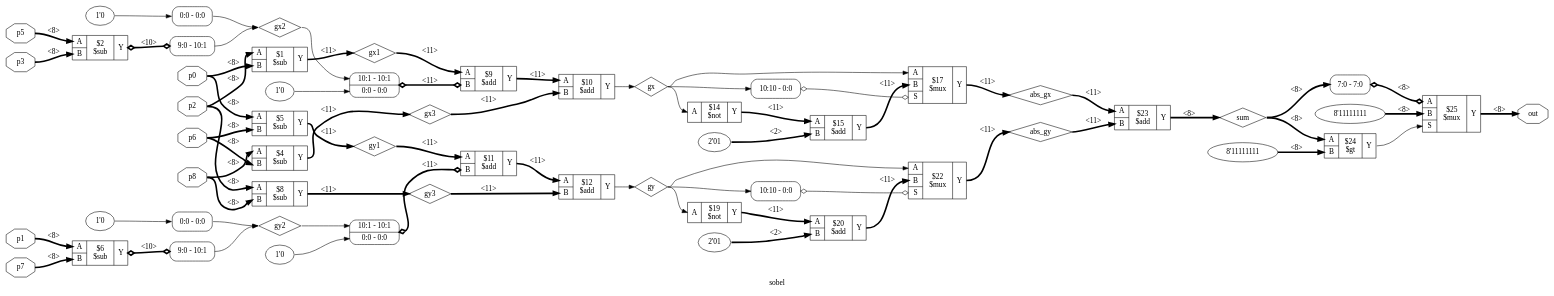
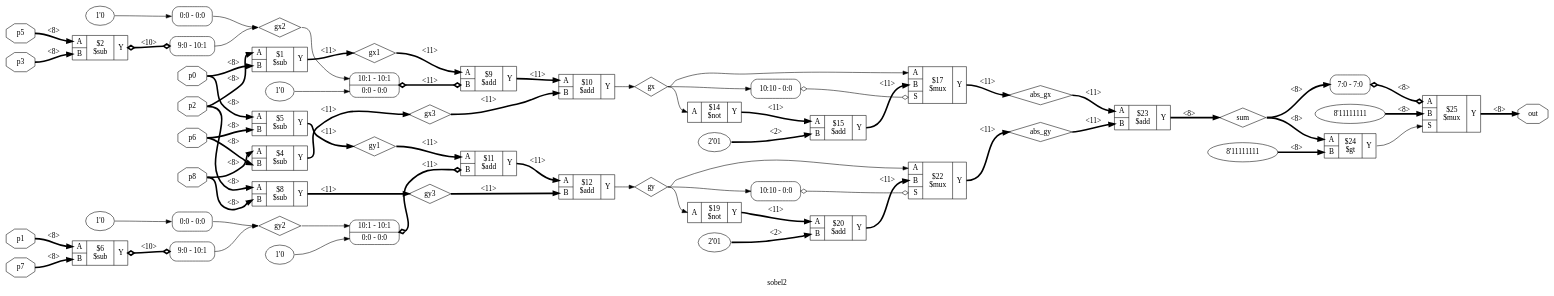
The diagram in dot/sobel2_df.dot (theo-learner/bFlow), drawn with Graphviz before and after one commit. The commit also changed 57 other files, not shown here.

```diff
--- a/dot/sobel2_df.dot
+++ b/dot/sobel2_df.dot
@@ -1,125 +1,125 @@
-digraph "sobel" {
-label="sobel";
+digraph "sobel2" {
+label="sobel2";
 rankdir="LR";
 remincross=true;
 n2 [ shape=octagon, label="p0", color="black", fontcolor="black" ];
 n3 [ shape=octagon, label="p1", color="black", fontcolor="black" ];
 n4 [ shape=octagon, label="p2", color="black", fontcolor="black" ];
 n5 [ shape=octagon, label="p3", color="black", fontcolor="black" ];
 n6 [ shape=octagon, label="p5", color="black", fontcolor="black" ];
 n7 [ shape=octagon, label="p6", color="black", fontcolor="black" ];
 n8 [ shape=octagon, label="p7", color="black", fontcolor="black" ];
 n9 [ shape=octagon, label="p8", color="black", fontcolor="black" ];
 n10 [ shape=octagon, label="out", color="black", fontcolor="black" ];
 n11 [ shape=diamond, label="gx", color="black", fontcolor="black" ];
 n12 [ shape=diamond, label="gy", color="black", fontcolor="black" ];
 n13 [ shape=diamond, label="gx1", color="black", fontcolor="black" ];
 n14 [ shape=diamond, label="gx2", color="black", fontcolor="black" ];
 n15 [ shape=diamond, label="gx3", color="black", fontcolor="black" ];
 n16 [ shape=diamond, label="gy1", color="black", fontcolor="black" ];
 n17 [ shape=diamond, label="gy2", color="black", fontcolor="black" ];
 n18 [ shape=diamond, label="gy3", color="black", fontcolor="black" ];
 n19 [ shape=diamond, label="abs_gx", color="black", fontcolor="black" ];
 n20 [ shape=diamond, label="abs_gy", color="black", fontcolor="black" ];
 n21 [ shape=diamond, label="sum", color="black", fontcolor="black" ];
 c32 [ shape=record, label="{{<p29> A|<p30> B}|$1\n$sub|{<p31> Y}}" ];
 c33 [ shape=record, label="{{<p29> A|<p30> B}|$2\n$sub|{<p31> Y}}" ];
 x0 [ shape=record, style=rounded, label="<s0> 9:0 - 10:1 " ];
 c33:p31:e -> x0:w [arrowhead=odiamond, arrowtail=odiamond, dir=both, color="black", style="setlinewidth(3)", label="<10>"];
 c34 [ shape=record, label="{{<p29> A|<p30> B}|$4\n$sub|{<p31> Y}}" ];
 c35 [ shape=record, label="{{<p29> A|<p30> B}|$5\n$sub|{<p31> Y}}" ];
 c36 [ shape=record, label="{{<p29> A|<p30> B}|$6\n$sub|{<p31> Y}}" ];
 x1 [ shape=record, style=rounded, label="<s0> 9:0 - 10:1 " ];
 c36:p31:e -> x1:w [arrowhead=odiamond, arrowtail=odiamond, dir=both, color="black", style="setlinewidth(3)", label="<10>"];
 c37 [ shape=record, label="{{<p29> A|<p30> B}|$8\n$sub|{<p31> Y}}" ];
 v3 [ label="1'0" ];
 c38 [ shape=record, label="{{<p29> A|<p30> B}|$9\n$add|{<p31> Y}}" ];
 x2 [ shape=record, style=rounded, label="<s1> 10:1 - 10:1 |<s0> 0:0 - 0:0 " ];
 x2:e -> c38:p30:w [arrowhead=odiamond, arrowtail=odiamond, dir=both, color="black", style="setlinewidth(3)", label="<11>"];
 c39 [ shape=record, label="{{<p29> A|<p30> B}|$10\n$add|{<p31> Y}}" ];
 v5 [ label="1'0" ];
 c40 [ shape=record, label="{{<p29> A|<p30> B}|$11\n$add|{<p31> Y}}" ];
 x4 [ shape=record, style=rounded, label="<s1> 10:1 - 10:1 |<s0> 0:0 - 0:0 " ];
 x4:e -> c40:p30:w [arrowhead=odiamond, arrowtail=odiamond, dir=both, color="black", style="setlinewidth(3)", label="<11>"];
 c41 [ shape=record, label="{{<p29> A|<p30> B}|$12\n$add|{<p31> Y}}" ];
 c42 [ shape=record, label="{{<p29> A}|$14\n$not|{<p31> Y}}" ];
 v6 [ label="2'01" ];
 c43 [ shape=record, label="{{<p29> A|<p30> B}|$15\n$add|{<p31> Y}}" ];
 c45 [ shape=record, label="{{<p29> A|<p30> B|<p44> S}|$17\n$mux|{<p31> Y}}" ];
 x7 [ shape=record, style=rounded, label="<s0> 10:10 - 0:0 " ];
 x7:e -> c45:p44:w [arrowhead=odiamond, arrowtail=odiamond, dir=both, color="black", label=""];
 c46 [ shape=record, label="{{<p29> A}|$19\n$not|{<p31> Y}}" ];
 v8 [ label="2'01" ];
 c47 [ shape=record, label="{{<p29> A|<p30> B}|$20\n$add|{<p31> Y}}" ];
 c48 [ shape=record, label="{{<p29> A|<p30> B|<p44> S}|$22\n$mux|{<p31> Y}}" ];
 x9 [ shape=record, style=rounded, label="<s0> 10:10 - 0:0 " ];
 x9:e -> c48:p44:w [arrowhead=odiamond, arrowtail=odiamond, dir=both, color="black", label=""];
 c49 [ shape=record, label="{{<p29> A|<p30> B}|$23\n$add|{<p31> Y}}" ];
 v10 [ label="8'11111111" ];
 c50 [ shape=record, label="{{<p29> A|<p30> B}|$24\n$gt|{<p31> Y}}" ];
 v12 [ label="8'11111111" ];
 c51 [ shape=record, label="{{<p29> A|<p30> B|<p44> S}|$25\n$mux|{<p31> Y}}" ];
 x11 [ shape=record, style=rounded, label="<s0> 7:0 - 7:0 " ];
 x11:e -> c51:p29:w [arrowhead=odiamond, arrowtail=odiamond, dir=both, color="black", style="setlinewidth(3)", label="<8>"];
 v13 [ label="1'0" ];
 x14 [ shape=record, style=rounded, label="<s0> 0:0 - 0:0 " ];
 v15 [ label="1'0" ];
 x16 [ shape=record, style=rounded, label="<s0> 0:0 - 0:0 " ];
 c51:p31:e -> n10:w [color="black", style="setlinewidth(3)", label="<8>"];
 c39:p31:e -> n11:w [color="black", label=""];
 n11:e -> c42:p29:w [color="black", label=""];
 n11:e -> c45:p29:w [color="black", label=""];
 n11:e -> x7:s0:w [color="black", label=""];
 c41:p31:e -> n12:w [color="black", label=""];
 n12:e -> c46:p29:w [color="black", label=""];
 n12:e -> c48:p29:w [color="black", label=""];
 n12:e -> x9:s0:w [color="black", label=""];
 c32:p31:e -> n13:w [color="black", style="setlinewidth(3)", label="<11>"];
 n13:e -> c38:p29:w [color="black", style="setlinewidth(3)", label="<11>"];
 x0:s0:e -> n14:w [color="black", label=""];
 x14:s0:e -> n14:w [color="black", label=""];
 n14:e -> x2:s1:w [color="black", label=""];
 c34:p31:e -> n15:w [color="black", style="setlinewidth(3)", label="<11>"];
 n15:e -> c39:p30:w [color="black", style="setlinewidth(3)", label="<11>"];
 c35:p31:e -> n16:w [color="black", style="setlinewidth(3)", label="<11>"];
 n16:e -> c40:p29:w [color="black", style="setlinewidth(3)", label="<11>"];
 x16:s0:e -> n17:w [color="black", label=""];
 x1:s0:e -> n17:w [color="black", label=""];
 n17:e -> x4:s1:w [color="black", label=""];
 c37:p31:e -> n18:w [color="black", style="setlinewidth(3)", label="<11>"];
 n18:e -> c41:p30:w [color="black", style="setlinewidth(3)", label="<11>"];
 c45:p31:e -> n19:w [color="black", style="setlinewidth(3)", label="<11>"];
 n19:e -> c49:p29:w [color="black", style="setlinewidth(3)", label="<11>"];
 n2:e -> c32:p30:w [color="black", style="setlinewidth(3)", label="<8>"];
 n2:e -> c35:p29:w [color="black", style="setlinewidth(3)", label="<8>"];
 c48:p31:e -> n20:w [color="black", style="setlinewidth(3)", label="<11>"];
 n20:e -> c49:p30:w [color="black", style="setlinewidth(3)", label="<11>"];
 c49:p31:e -> n21:w [color="black", style="setlinewidth(3)", label="<8>"];
 n21:e -> c50:p29:w [color="black", style="setlinewidth(3)", label="<8>"];
 n21:e -> x11:s0:w [color="black", style="setlinewidth(3)", label="<8>"];
 c38:p31:e -> c39:p29:w [color="black", style="setlinewidth(3)", label="<11>"];
 c40:p31:e -> c41:p29:w [color="black", style="setlinewidth(3)", label="<11>"];
 c42:p31:e -> c43:p29:w [color="black", style="setlinewidth(3)", label="<11>"];
 c43:p31:e -> c45:p30:w [color="black", style="setlinewidth(3)", label="<11>"];
 c46:p31:e -> c47:p29:w [color="black", style="setlinewidth(3)", label="<11>"];
 c47:p31:e -> c48:p30:w [color="black", style="setlinewidth(3)", label="<11>"];
 c50:p31:e -> c51:p44:w [color="black", label=""];
 n3:e -> c36:p29:w [color="black", style="setlinewidth(3)", label="<8>"];
 n4:e -> c32:p29:w [color="black", style="setlinewidth(3)", label="<8>"];
 n4:e -> c37:p29:w [color="black", style="setlinewidth(3)", label="<8>"];
 n5:e -> c33:p30:w [color="black", style="setlinewidth(3)", label="<8>"];
 n6:e -> c33:p29:w [color="black", style="setlinewidth(3)", label="<8>"];
 n7:e -> c34:p30:w [color="black", style="setlinewidth(3)", label="<8>"];
 n7:e -> c35:p30:w [color="black", style="setlinewidth(3)", label="<8>"];
 n8:e -> c36:p30:w [color="black", style="setlinewidth(3)", label="<8>"];
 n9:e -> c34:p29:w [color="black", style="setlinewidth(3)", label="<8>"];
 n9:e -> c37:p30:w [color="black", style="setlinewidth(3)", label="<8>"];
 v10:e -> c50:p30:w [color="black", style="setlinewidth(3)", label="<8>"];
 v12:e -> c51:p30:w [color="black", style="setlinewidth(3)", label="<8>"];
 v13:e -> x14:w [color="black", label=""];
 v15:e -> x16:w [color="black", label=""];
 v3:e -> x2:s0:w [color="black", label=""];
 v5:e -> x4:s0:w [color="black", label=""];
 v6:e -> c43:p30:w [color="black", style="setlinewidth(3)", label="<2>"];
 v8:e -> c47:p30:w [color="black", style="setlinewidth(3)", label="<2>"];
 }
```
